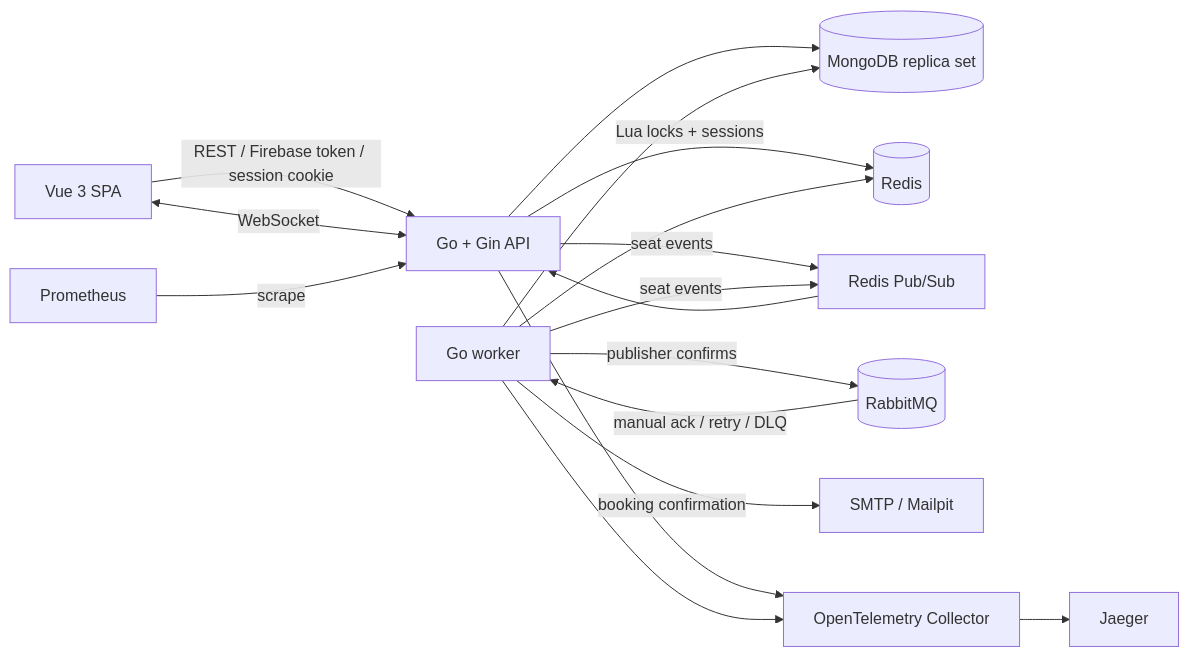
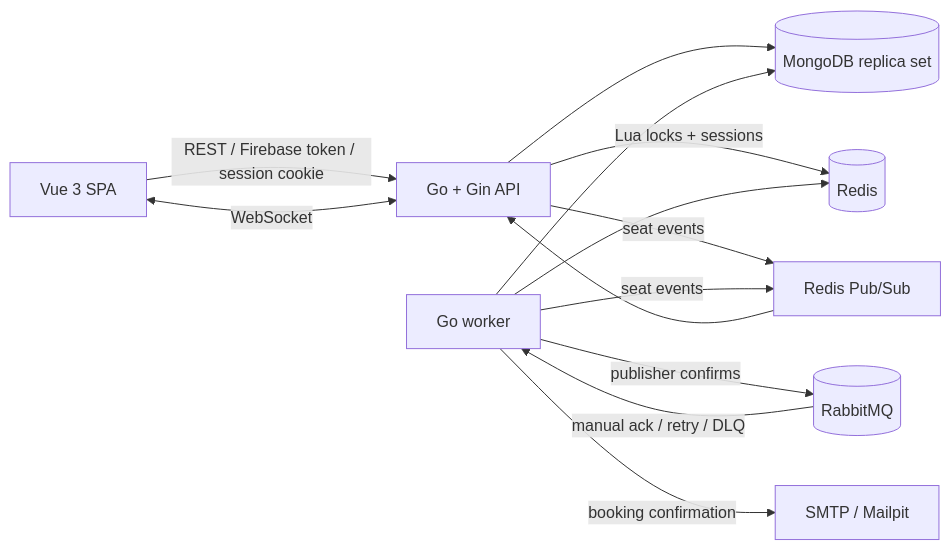
Before and after one commit to jakarin-b/Cinema-Ticket-Booking: the diagram in README.md, drawn with Mermaid. The commit also changed other lines of this file and 26 other files, not shown here.

````diff
--- a/README.md
+++ b/README.md
@@ -7,19 +7,15 @@
 ```mermaid
 flowchart LR
     Browser[Vue 3 SPA] -->|REST / Firebase token / session cookie| API[Go + Gin API]
     Browser <-->|WebSocket| API
     API --> Mongo[(MongoDB replica set)]
     API -->|Lua locks + sessions| Redis[(Redis)]
     API -->|seat events| PubSub[Redis Pub/Sub]
     PubSub --> API
     Worker[Go worker] --> Mongo
     Worker --> Redis
     Worker -->|seat events| PubSub
     Worker -->|publisher confirms| Rabbit[(RabbitMQ)]
     Rabbit -->|manual ack / retry / DLQ| Worker
     Worker -->|booking confirmation| SMTP[SMTP / Mailpit]
-    API --> OTEL[OpenTelemetry Collector]
-    Worker --> OTEL
-    OTEL --> Jaeger[Jaeger]
-    Prometheus[Prometheus] -->|scrape| API
 ```
````
